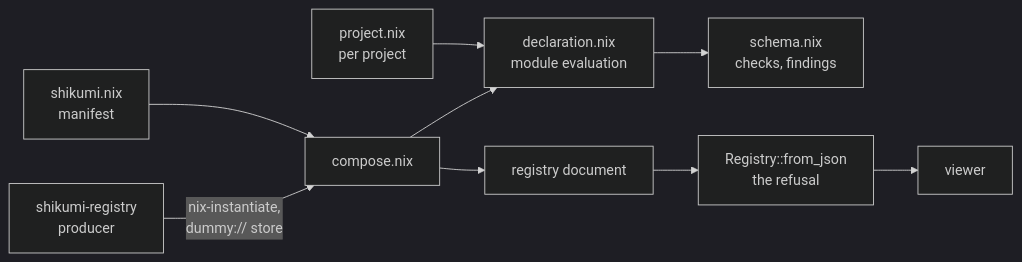
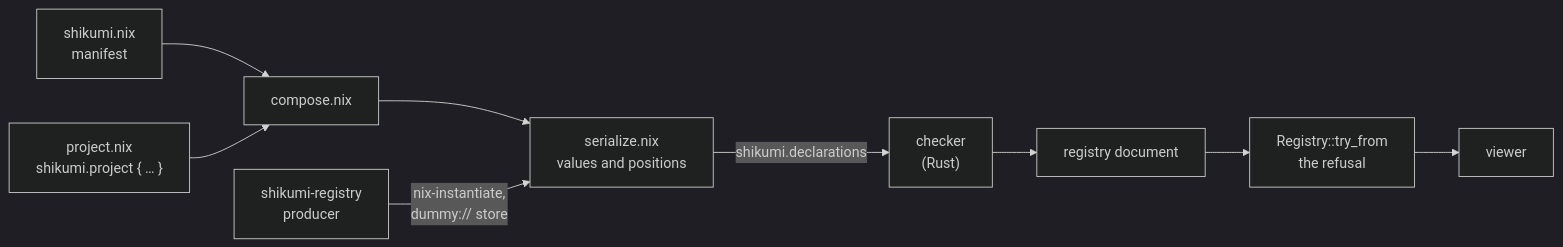
Before and after one commit to feltfomo/shikumi: the second of 2 diagrams in docs/explanation/architecture.md, drawn with Mermaid (dark theme). The commit also changed other lines of this file and 5 other files, not shown here.

First line of the commit message:
docs: describe declarations as plain records checked in rust

````diff
--- a/docs/explanation/architecture.md
+++ b/docs/explanation/architecture.md
@@ -48,11 +48,11 @@
 ```mermaid
 graph LR
   manifest["shikumi.nix<br/>manifest"] --> compose["compose.nix"]
-  decl["project.nix<br/>per project"] --> declaration["declaration.nix<br/>module evaluation"]
-  declaration --> schema["schema.nix<br/>checks, findings"]
-  compose --> declaration
-  compose --> doc["registry document"]
-  produce["shikumi-registry<br/>producer"] -->|"nix-instantiate,<br/>dummy:// store"| compose
-  doc --> refusal["Registry::from_json<br/>the refusal"]
+  decl["project.nix<br/>shikumi.project { … }"] --> compose
+  compose --> serialize["serialize.nix<br/>values and positions"]
+  produce["shikumi-registry<br/>producer"] -->|"nix-instantiate,<br/>dummy:// store"| serialize
+  serialize -->|"shikumi.declarations"| checker["checker<br/>(Rust)"]
+  checker --> doc["registry document"]
+  doc --> refusal["Registry::try_from<br/>the refusal"]
   refusal --> viewer["viewer"]
 ```
````
